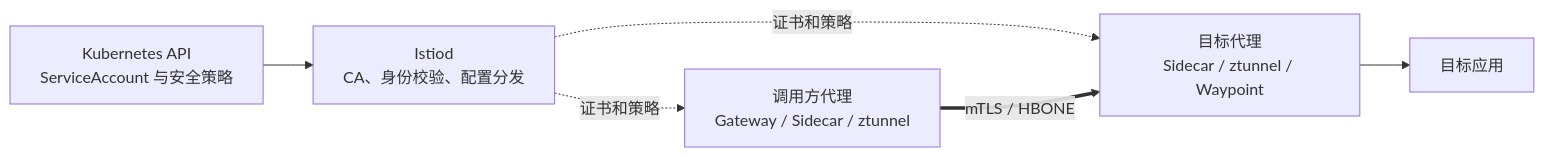
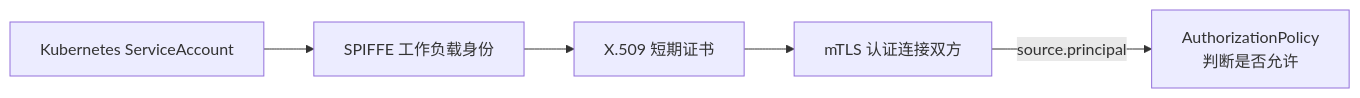
One commit to hotttao/backup changed the first of 6 diagrams in posts/microservices/gateway/014_istio_security.md. Above: the diagram before and after it, drawn with Mermaid. The commit also changed other lines of this file and 1 other file, not shown here.

````diff
--- a/posts/microservices/gateway/014_istio_security.md
+++ b/posts/microservices/gateway/014_istio_security.md
@@ -52,14 +100,13 @@
 ```mermaid
 flowchart LR
-    K[Kubernetes API<br/>ServiceAccount 与安全策略]
-    I[Istiod<br/>CA、身份校验、配置分发]
-    A[调用方代理<br/>Gateway / Sidecar / ztunnel]
-    B[目标代理<br/>Sidecar / ztunnel / Waypoint]
-    App[目标应用]
+    SA[Kubernetes ServiceAccount]
+    ID[SPIFFE 工作负载身份]
+    CERT[X.509 短期证书]
+    MTLS[mTLS 认证连接双方]
+    AUTHZ[AuthorizationPolicy<br/>判断是否允许]
 
-    K --> I
-    I -. 证书和策略 .-> A
-    I -. 证书和策略 .-> B
-    A == mTLS / HBONE ==> B
-    B --> App
+    SA --> ID
+    ID --> CERT
+    CERT --> MTLS
+    MTLS -->|source.principal| AUTHZ
 ```
````
